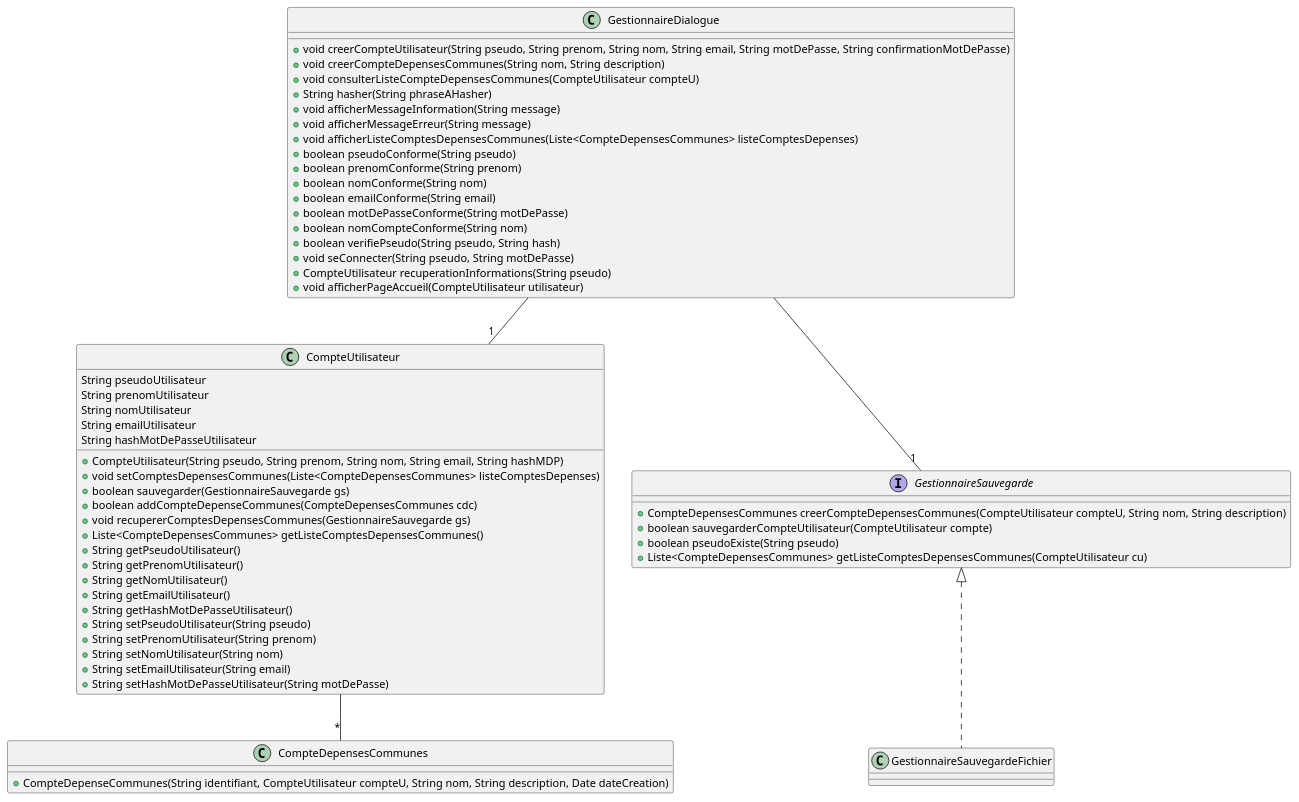
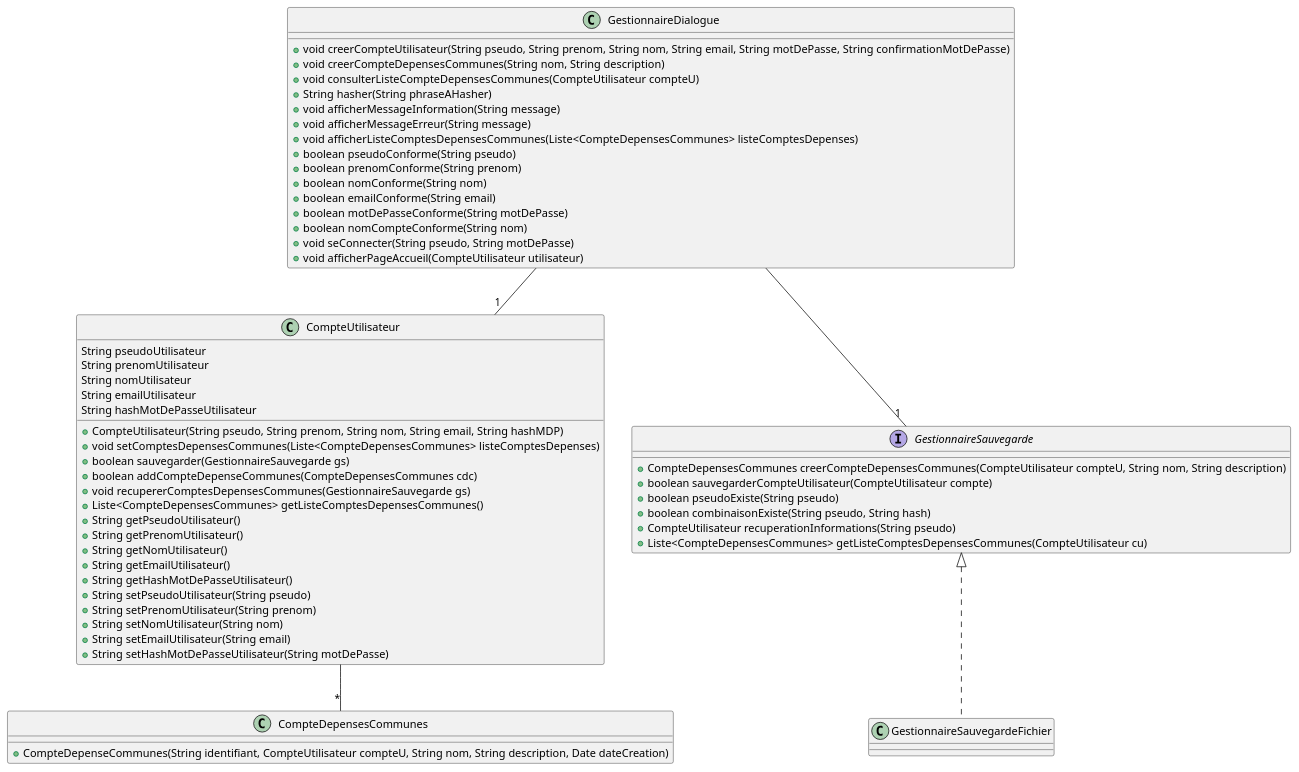
Before and after one commit to lmtb06/sharecount: the diagram in diagrammes/conception/classes.puml, drawn with PlantUML. The commit also changed 1 other file, not shown here.

```diff
--- a/diagrammes/conception/classes.puml
+++ b/diagrammes/conception/classes.puml
@@ -1,63 +1,63 @@
 @startuml Classes
 
 	class GestionnaireDialogue {
 		+void creerCompteUtilisateur(String pseudo, String prenom, String nom, String email, String motDePasse, String confirmationMotDePasse)
 		+void creerCompteDepensesCommunes(String nom, String description)
 		+void consulterListeCompteDepensesCommunes(CompteUtilisateur compteU)
 		+String hasher(String phraseAHasher)
 		+void afficherMessageInformation(String message)
 		+void afficherMessageErreur(String message)
 		+void afficherListeComptesDepensesCommunes(Liste<CompteDepensesCommunes> listeComptesDepenses)
 		+boolean pseudoConforme(String pseudo)
 		+boolean prenomConforme(String prenom)
 		+boolean nomConforme(String nom)
 		+boolean emailConforme(String email)
 		+boolean motDePasseConforme(String motDePasse)
 		+boolean nomCompteConforme(String nom)
-		+boolean verifiePseudo(String pseudo, String hash)
 		+void seConnecter(String pseudo, String motDePasse)
-		+CompteUtilisateur recuperationInformations(String pseudo)
 		+void afficherPageAccueil(CompteUtilisateur utilisateur)
 	}
 	GestionnaireDialogue --"1" CompteUtilisateur
 	GestionnaireDialogue --"1" GestionnaireSauvegarde
 
 	interface GestionnaireSauvegarde {
 		+CompteDepensesCommunes creerCompteDepensesCommunes(CompteUtilisateur compteU, String nom, String description)
 		+boolean sauvegarderCompteUtilisateur(CompteUtilisateur compte)
 		+boolean pseudoExiste(String pseudo)
+		+boolean combinaisonExiste(String pseudo, String hash)
+		+CompteUtilisateur recuperationInformations(String pseudo)
 		+Liste<CompteDepensesCommunes> getListeComptesDepensesCommunes(CompteUtilisateur cu)
 	}
 
 	class GestionnaireSauvegardeFichier implements GestionnaireSauvegarde {
 
 	}
 	class CompteUtilisateur {
 		String pseudoUtilisateur
 		String prenomUtilisateur
 		String nomUtilisateur
 		String emailUtilisateur
 		String hashMotDePasseUtilisateur
 		+CompteUtilisateur(String pseudo, String prenom, String nom, String email, String hashMDP)
 		+void setComptesDepensesCommunes(Liste<CompteDepensesCommunes> listeComptesDepenses)
 		+boolean sauvegarder(GestionnaireSauvegarde gs)
 		+boolean addCompteDepenseCommunes(CompteDepensesCommunes cdc)
 		+void recupererComptesDepensesCommunes(GestionnaireSauvegarde gs)
 		+Liste<CompteDepensesCommunes> getListeComptesDepensesCommunes()
 		+String getPseudoUtilisateur()
 		+String getPrenomUtilisateur()
 		+String getNomUtilisateur()
 		+String getEmailUtilisateur()
 		+String getHashMotDePasseUtilisateur()
 		+String setPseudoUtilisateur(String pseudo)
 		+String setPrenomUtilisateur(String prenom)
 		+String setNomUtilisateur(String nom)
 		+String setEmailUtilisateur(String email)
 		+String setHashMotDePasseUtilisateur(String motDePasse)
 	}
 	CompteUtilisateur --"*" CompteDepensesCommunes
 	class CompteDepensesCommunes {
 		+CompteDepenseCommunes(String identifiant, CompteUtilisateur compteU, String nom, String description, Date dateCreation)
 	}
 
 @enduml
```
